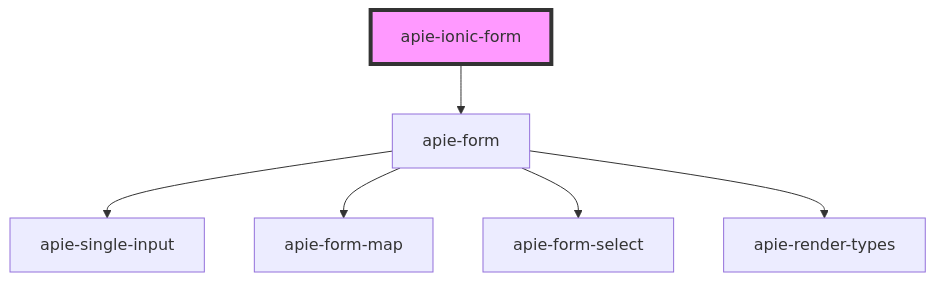
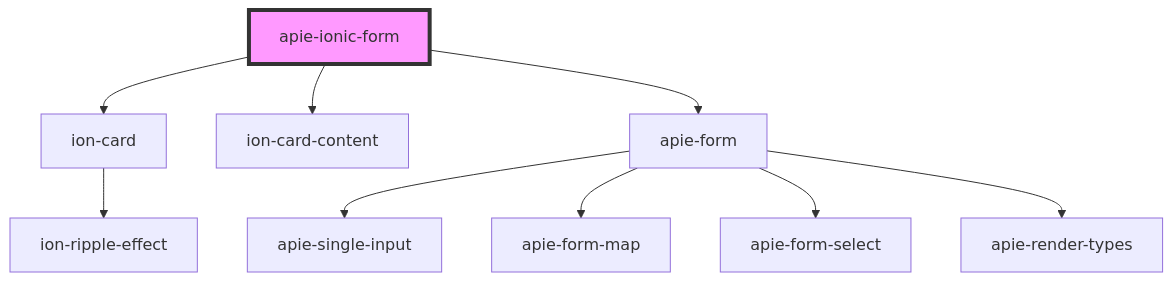
One commit to apie-lib/apie-ionic-layout changed the diagram in src/components/apie-ionic-form/readme.md. Above: the diagram before and after it, drawn with Mermaid. The commit also changed other lines of this file and 8 other files, not shown here.

````diff
--- a/src/components/apie-ionic-form/readme.md
+++ b/src/components/apie-ionic-form/readme.md
@@ -15,9 +17,12 @@
 ```mermaid
 graph TD;
+  apie-ionic-form --> ion-card
+  apie-ionic-form --> ion-card-content
   apie-ionic-form --> apie-form
+  ion-card --> ion-ripple-effect
   apie-form --> apie-single-input
   apie-form --> apie-form-map
   apie-form --> apie-form-select
   apie-form --> apie-render-types
   style apie-ionic-form fill:#f9f,stroke:#333,stroke-width:4px
 ```
````
